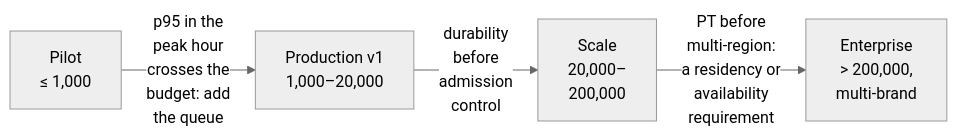
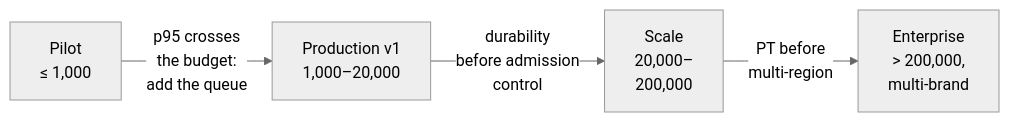
Before and after one commit to aniryou/full-stack-agentic-engineer: the third of 3 diagrams in 06-gateway/scaling-admission-cost/agentic-scaling-lab/docs/01-scaling-primer.md, drawn with Mermaid (neutral theme). The commit also changed other lines of this file and 1 other file, not shown here.

First line of the commit message:
WIP snapshot: the figure round (charts, improvements, additions) in progress (2026-10-30T17:32:26Z); not validated [skip ci]

````diff
--- a/06-gateway/scaling-admission-cost/agentic-scaling-lab/docs/01-scaling-primer.md
+++ b/06-gateway/scaling-admission-cost/agentic-scaling-lab/docs/01-scaling-primer.md
@@ -646,6 +651,6 @@
 ```mermaid
 flowchart LR
-    P["Pilot<br/>≤ 1,000"] -- "p95 in the<br/>peak hour<br/>crosses the<br/>budget: add<br/>the queue" --> V1["Production v1<br/>1,000–20,000"]
-    V1 -- "durability<br/>before<br/>admission<br/>control" --> S["Scale<br/>20,000–<br/>200,000"]
-    S -- "PT before<br/>multi-region:<br/>a residency or<br/>availability<br/>requirement" --> E["Enterprise<br/>> 200,000,<br/>multi-brand"]
+    P["Pilot<br/>≤ 1,000"] -- "p95 crosses<br/>the budget:<br/>add the queue" --> V1["Production v1<br/>1,000–20,000"]
+    V1 -- "durability<br/>before admission<br/>control" --> S["Scale<br/>20,000–<br/>200,000"]
+    S -- "PT before<br/>multi-region" --> E["Enterprise<br/>> 200,000,<br/>multi-brand"]
 ```
````
